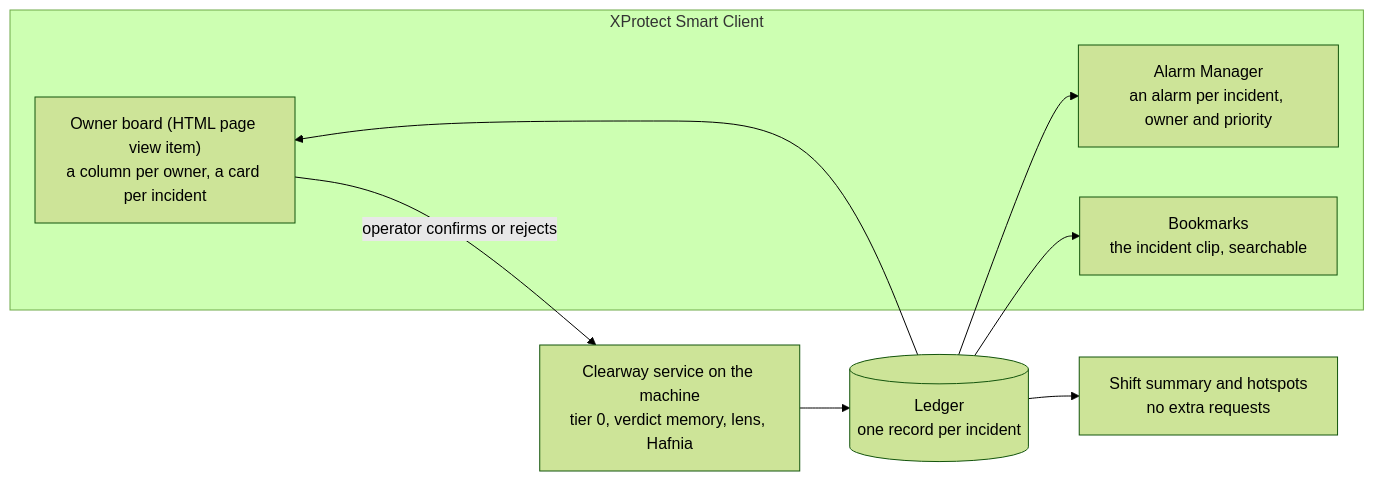
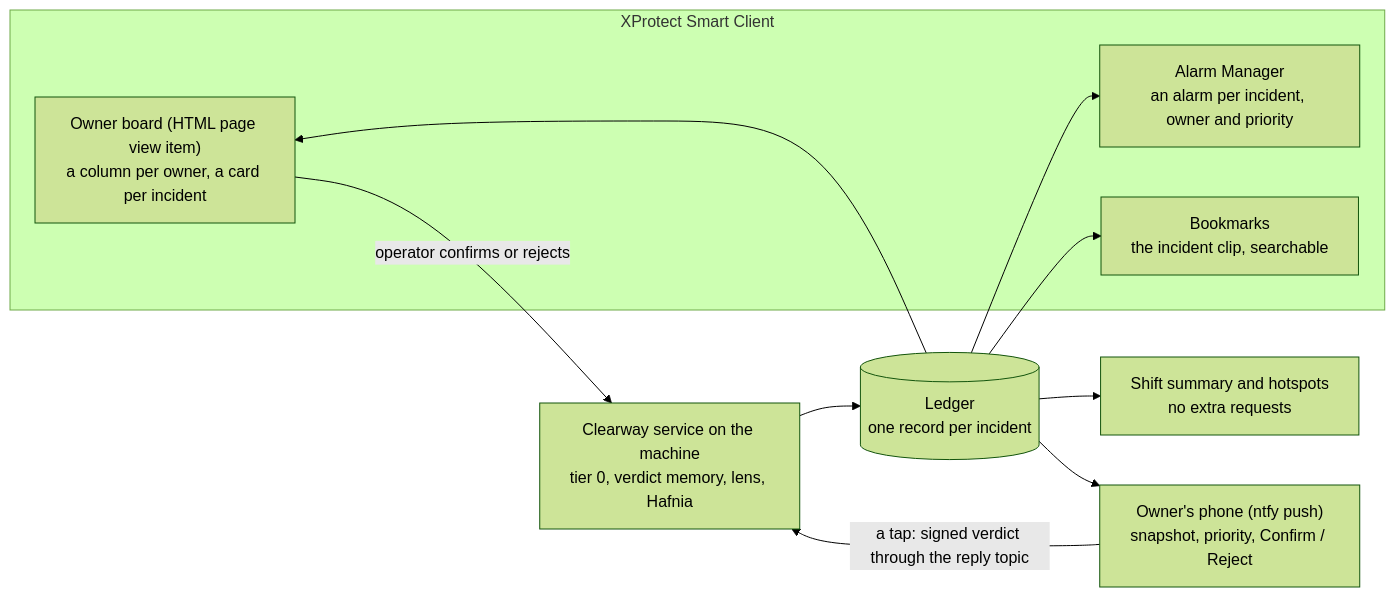
One commit to 1ho0jin1/clearway-hafnia changed the diagram in docs/PRODUCT.md. Above: the diagram before and after it, drawn with Mermaid (forest theme). The commit also changed other lines of this file and 133 other files, not shown here.

````diff
--- a/docs/PRODUCT.md
+++ b/docs/PRODUCT.md
@@ -53,14 +94,16 @@
 ```mermaid
 flowchart LR
     subgraph SC["XProtect Smart Client"]
         BOARD["Owner board (HTML page view item)<br/>a column per owner, a card per incident"]
         AM["Alarm Manager<br/>an alarm per incident, owner and priority"]
         BM["Bookmarks<br/>the incident clip, searchable"]
     end
     PIPE["Clearway service on the machine<br/>tier 0, verdict memory, lens, Hafnia"] --> LEDGER[("Ledger<br/>one record per incident")]
     LEDGER --> BOARD
     LEDGER --> AM
     LEDGER --> BM
     LEDGER --> SUM["Shift summary and hotspots<br/>no extra requests"]
+    LEDGER --> PHONE["Owner's phone (ntfy push)<br/>snapshot, priority, Confirm / Reject"]
     BOARD -- "operator confirms or rejects" --> PIPE
+    PHONE -- "a tap: signed verdict through the reply topic" --> PIPE
 ```
````
